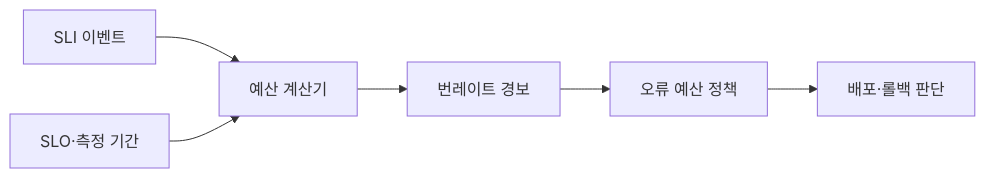
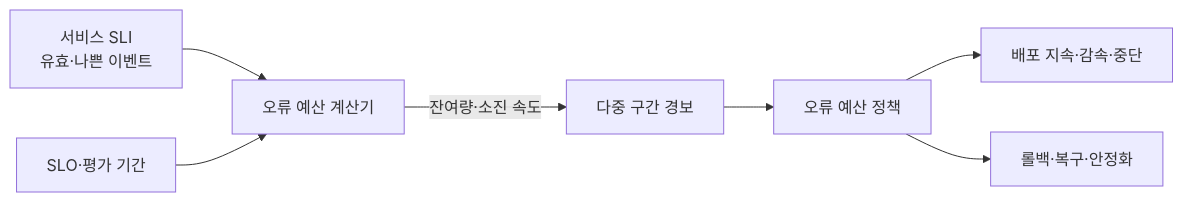
The first of 2 diagrams in src/content/docs/notes/03-software/166_error_budget.md (agnusdei1207/knowledge-base), drawn with Mermaid before and after one commit. The commit also changed other lines of this file and 20 other files, not shown here.

````diff
--- a/src/content/docs/notes/03-software/166_error_budget.md
+++ b/src/content/docs/notes/03-software/166_error_budget.md
@@ -52,8 +56,9 @@
 ```mermaid
 flowchart LR
-    A[SLI 이벤트] --> B[예산 계산기]
-    C[SLO·측정 기간] --> B
-    B --> D[번레이트 경보]
-    D --> E[오류 예산 정책]
-    E --> F[배포·롤백 판단]
+    S["서비스 SLI<br/>유효·나쁜 이벤트"] --> C["오류 예산 계산기"]
+    O["SLO·평가 기간"] --> C
+    C -->|"잔여량·소진 속도"| A["다중 구간 경보"]
+    A --> P["오류 예산 정책"]
+    P --> D["배포 지속·감속·중단"]
+    P --> R["롤백·복구·안정화"]
 ```
````
